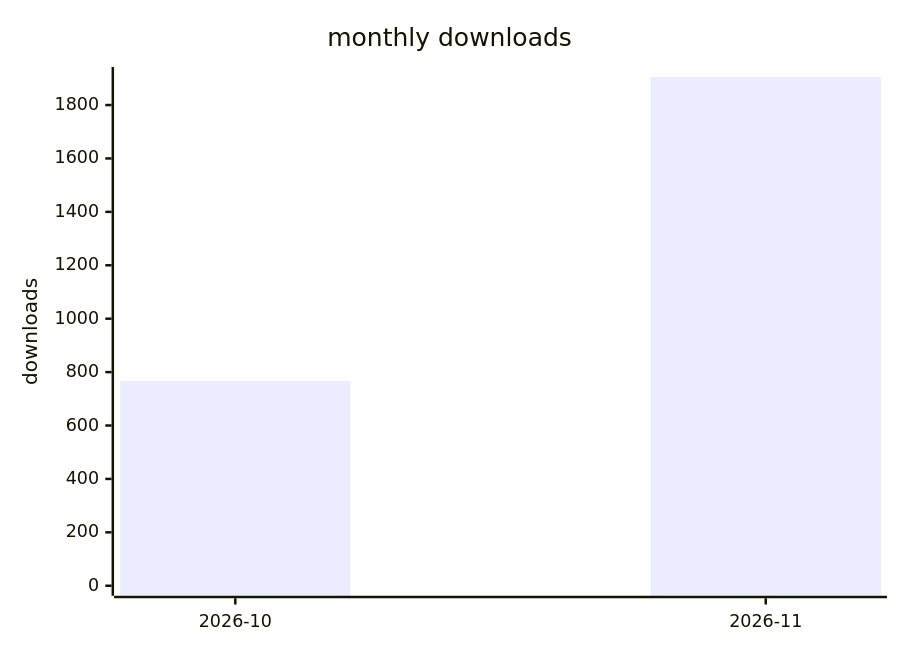
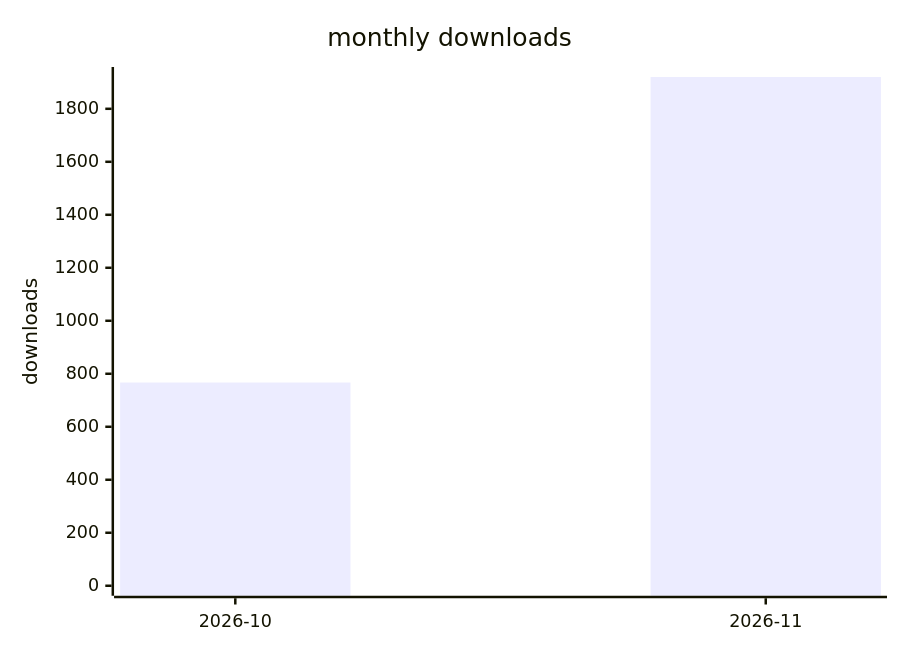
The second of 2 diagrams in docs/downloads-2026.md (terry2010/opencode-loop-recover), drawn with Mermaid before and after one commit. The commit also changed other lines of this file and 1 other file, not shown here.

````diff
--- a/docs/downloads-2026.md
+++ b/docs/downloads-2026.md
@@ -29,7 +29,7 @@
 ```mermaid
 xychart-beta
     title "monthly downloads"
     x-axis ["2026-10", "2026-11"]
-    y-axis "downloads" 0 --> 1905
-    bar [767, 1905]
+    y-axis "downloads" 0 --> 1920
+    bar [767, 1920]
 ```
````
